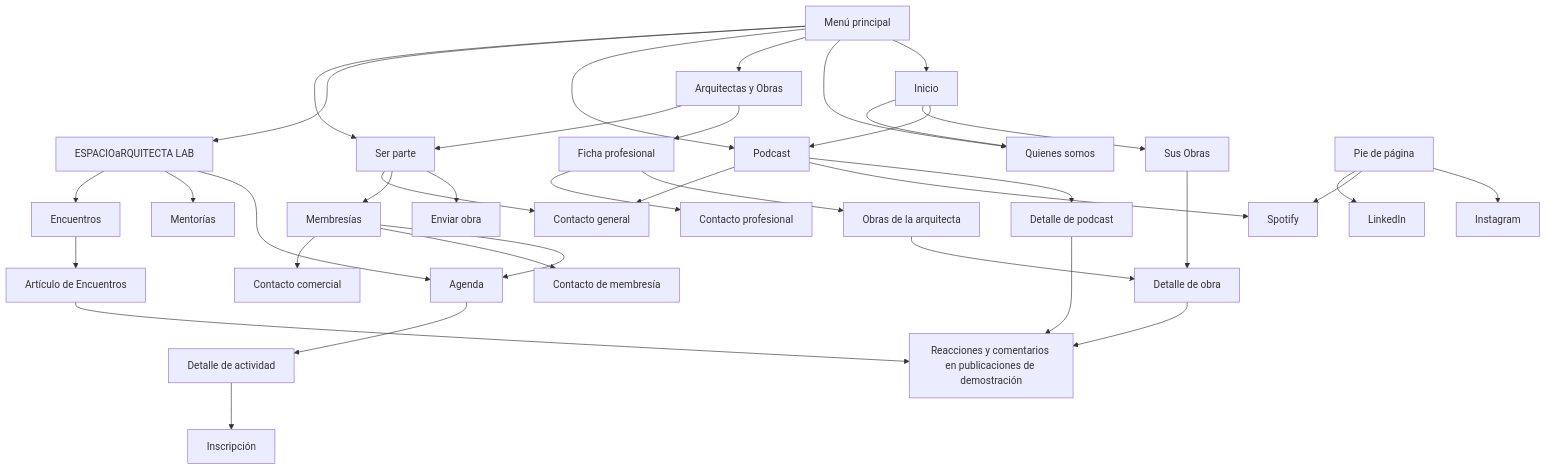
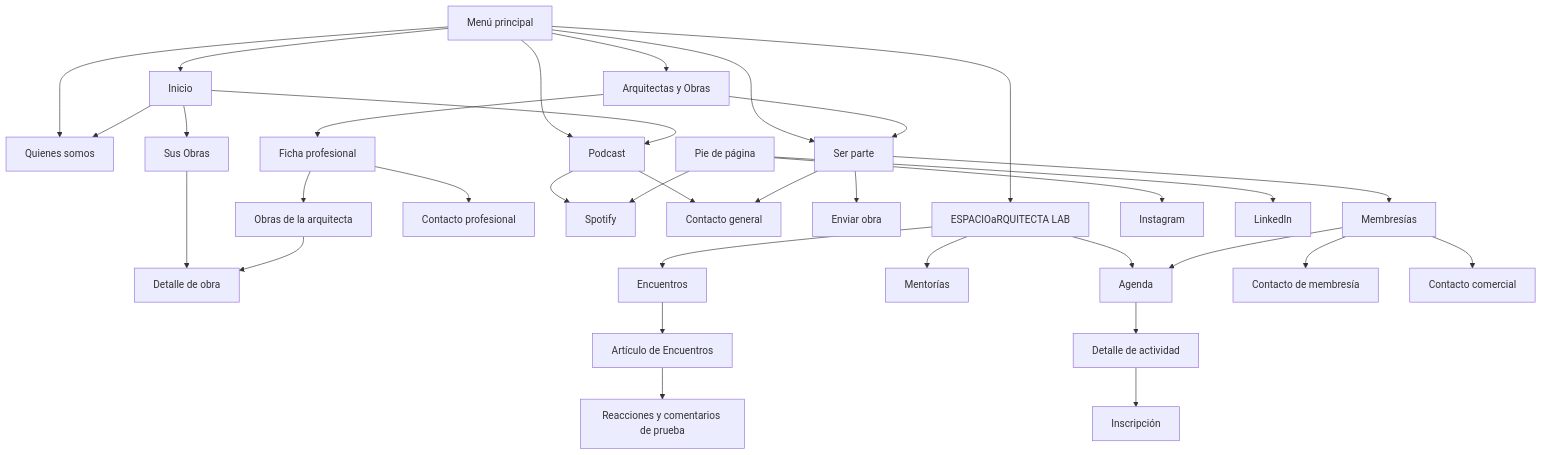
One commit to grupoferrantu-lab/espacio-arquitecta changed the diagram in pruebas/navegacion.mmd. Above: the diagram before and after it, drawn with Mermaid. The commit also changed 26 other files, not shown here.

```diff
--- a/pruebas/navegacion.mmd
+++ b/pruebas/navegacion.mmd
@@ -1,14 +1,14 @@
 flowchart TD
     MENU["Menú principal"] --> I["Inicio"] & C["Quienes somos"] & D["Arquitectas y Obras"] & V["Podcast"] & L["ESPACIOaRQUITECTA LAB"] & S["Ser parte"]
     I --> V & P["Sus Obras"] & C
     D --> PF["Ficha profesional"] & S
     PF --> W["Obras de la arquitecta"] & CP["Contacto profesional"]
     P & W --> PUB["Detalle de obra"]
-    V --> EP["Detalle de podcast"] & SP["Spotify"] & CT["Contacto general"]
+    V --> SP["Spotify"] & CT["Contacto general"]
     L --> A["Agenda"] & M["Mentorías"] & E["Encuentros"]
     A --> AC["Detalle de actividad"] --> IN["Inscripción"]
     E --> ART["Artículo de Encuentros"]
-    PUB & EP & ART --> PARTICIPACION["Reacciones y comentarios en publicaciones de demostración"]
+    ART --> PARTICIPACION["Reacciones y comentarios de prueba"]
     S --> EO["Enviar obra"] & ME["Membresías"] & CT
     ME --> A & CM["Contacto de membresía"] & CO["Contacto comercial"]
     FOOT["Pie de página"] --> IG["Instagram"] & SP & LI["LinkedIn"]
```
